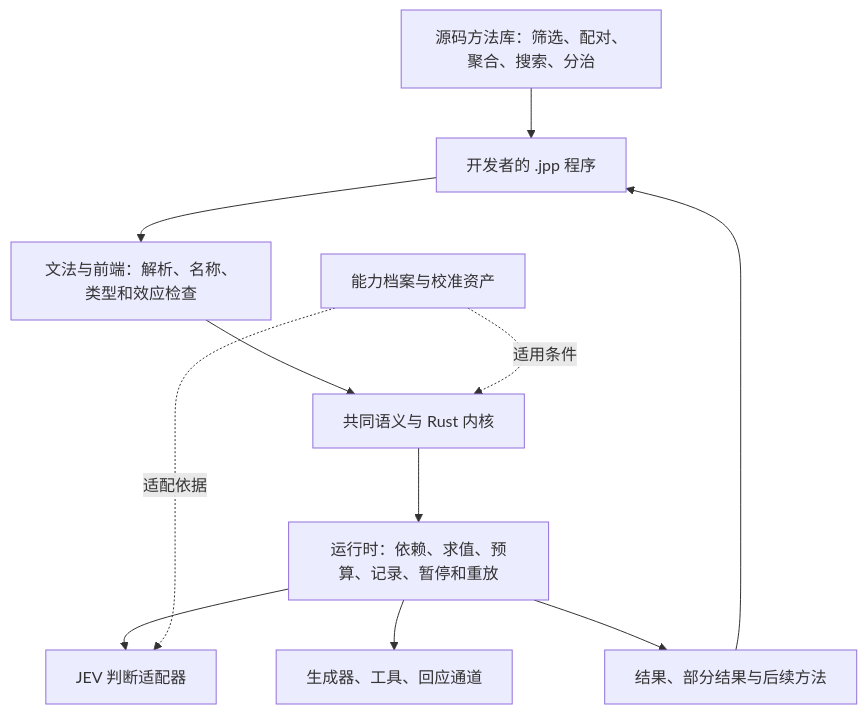
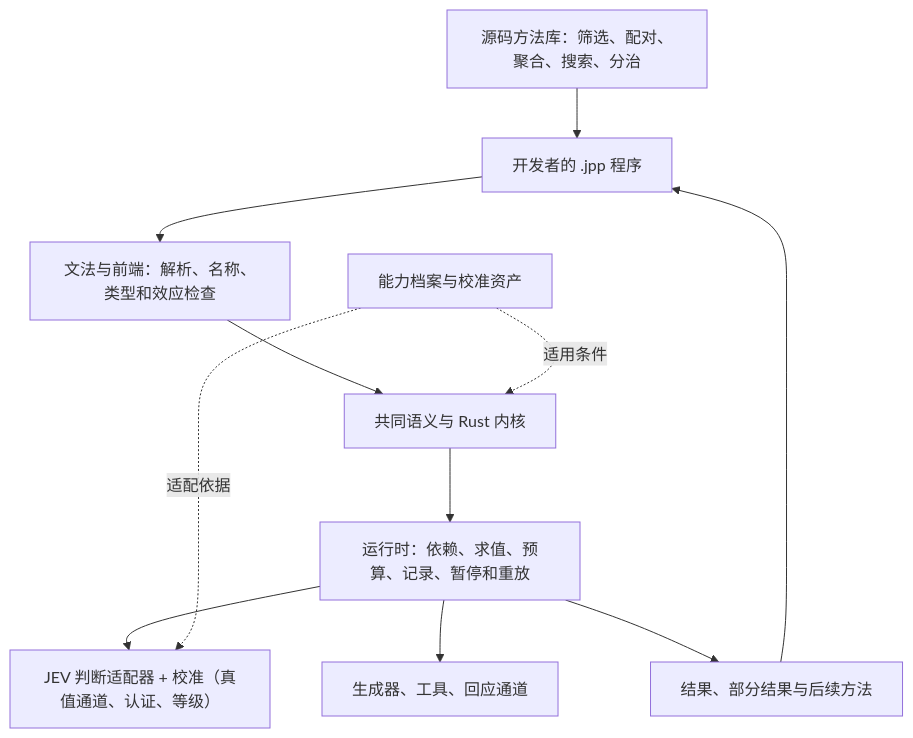
One commit to Joe-rq/jpp changed the diagram in docs/design-and-delivery-map.zh-CN.md. Above: the diagram before and after it, drawn with Mermaid. The commit also changed other lines of this file, not shown here.

First line of the commit message:
docs: refresh the design-and-delivery map for 2026-09-24 / 文档：按 2026-09-24 现状重写设计与交付地图

````diff
--- a/docs/design-and-delivery-map.zh-CN.md
+++ b/docs/design-and-delivery-map.zh-CN.md
@@ -21,13 +19,13 @@
 ```mermaid
 flowchart TB
   A[开发者的 .jpp 程序] --> B[文法与前端：解析、名称、类型和效应检查]
   L[源码方法库：筛选、配对、聚合、搜索、分治] --> A
   B --> C[共同语义与 Rust 内核]
   C --> D[运行时：依赖、求值、预算、记录、暂停和重放]
-  D --> E[JEV 判断适配器]
+  D --> E[JEV 判断适配器 + 校准（真值通道、认证、等级）]
   D --> F[生成器、工具、回应通道]
   D --> G[结果、部分结果与后续方法]
   G --> A
   H[能力档案与校准资产] -.适用条件.-> C
   H -.适配依据.-> E
 ```
````
